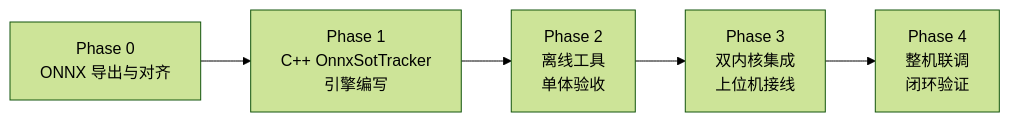
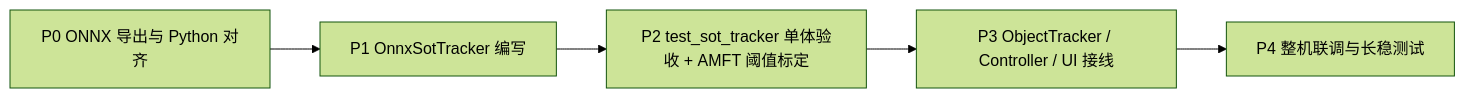
The third of 3 diagrams in 待执行方案/Qt上位机嵌入LightTrack轻量单目标跟踪算法执行方案.md (soranokiseki1437/nanhu_RGB_PTZ), drawn with Mermaid (forest theme) before and after one commit. The commit also changed other lines of this file and 2 other files, not shown here.

````diff
--- a/待执行方案/Qt上位机嵌入LightTrack轻量单目标跟踪算法执行方案.md
+++ b/待执行方案/Qt上位机嵌入LightTrack轻量单目标跟踪算法执行方案.md
@@ -994,7 +559,7 @@
 ```mermaid
 flowchart LR
-    P0["Phase 0\nONNX 导出与对齐"] --> P1["Phase 1\nC++ OnnxSotTracker\n引擎编写"]
-    P1 --> P2["Phase 2\n离线工具\n单体验收"]
-    P2 --> P3["Phase 3\n双内核集成\n上位机接线"]
-    P3 --> P4["Phase 4\n整机联调\n闭环验证"]
+    P0["P0 ONNX 导出与 Python 对齐"] --> P1["P1 OnnxSotTracker 编写"]
+    P1 --> P2["P2 test_sot_tracker 单体验收 + AMFT 阈值标定"]
+    P2 --> P3["P3 ObjectTracker / Controller / UI 接线"]
+    P3 --> P4["P4 整机联调与长稳测试"]
 ```
````
